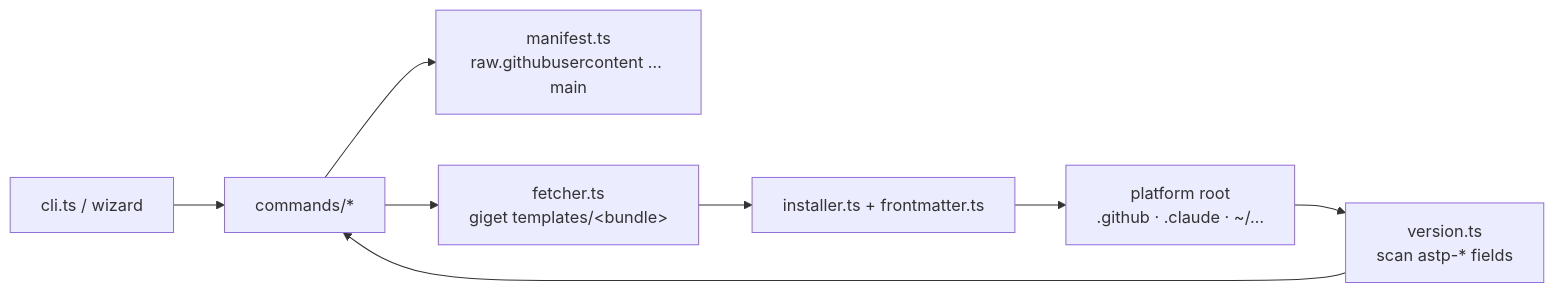
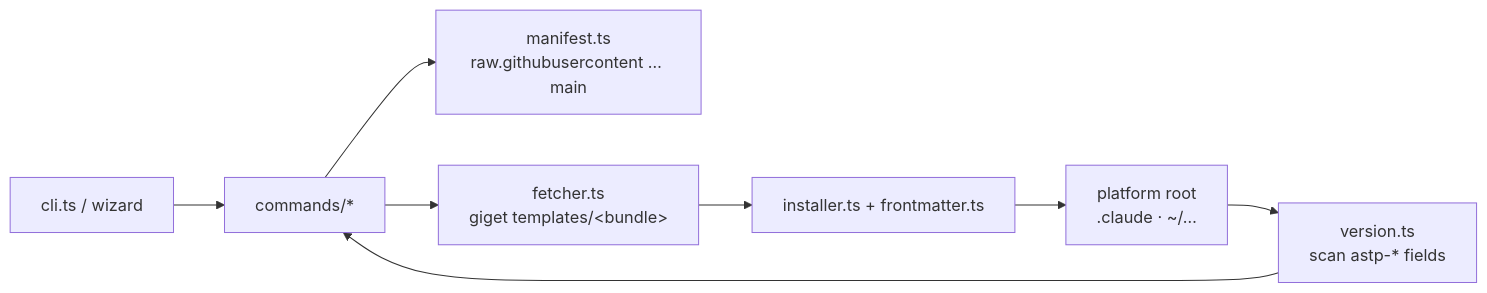
One commit to fozy-labs/astp changed the diagram in CLAUDE.md. Above: the diagram before and after it, drawn with Mermaid. The commit also changed other lines of this file and 51 other files, not shown here.

````diff
--- a/CLAUDE.md
+++ b/CLAUDE.md
@@ -44,10 +44,10 @@
 ```mermaid
 flowchart LR
     cli[cli.ts / wizard] --> cmd[commands/*]
     cmd --> mf["manifest.ts<br/>raw.githubusercontent … main"]
     cmd --> dl["fetcher.ts<br/>giget templates/&lt;bundle&gt;"]
     dl --> inst["installer.ts + frontmatter.ts"]
-    inst --> root["platform root<br/>.github · .claude · ~/…"]
+    inst --> root["platform root<br/>.claude · ~/…"]
     root --> ver["version.ts<br/>scan astp-* fields"]
     ver --> cmd
 ```
````
